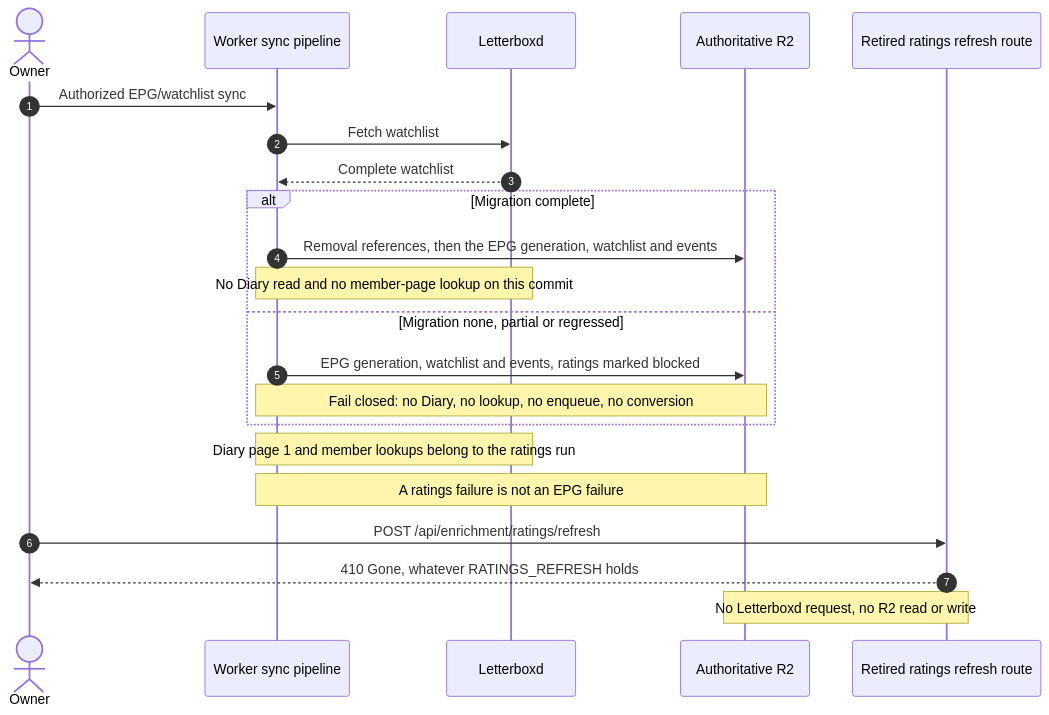
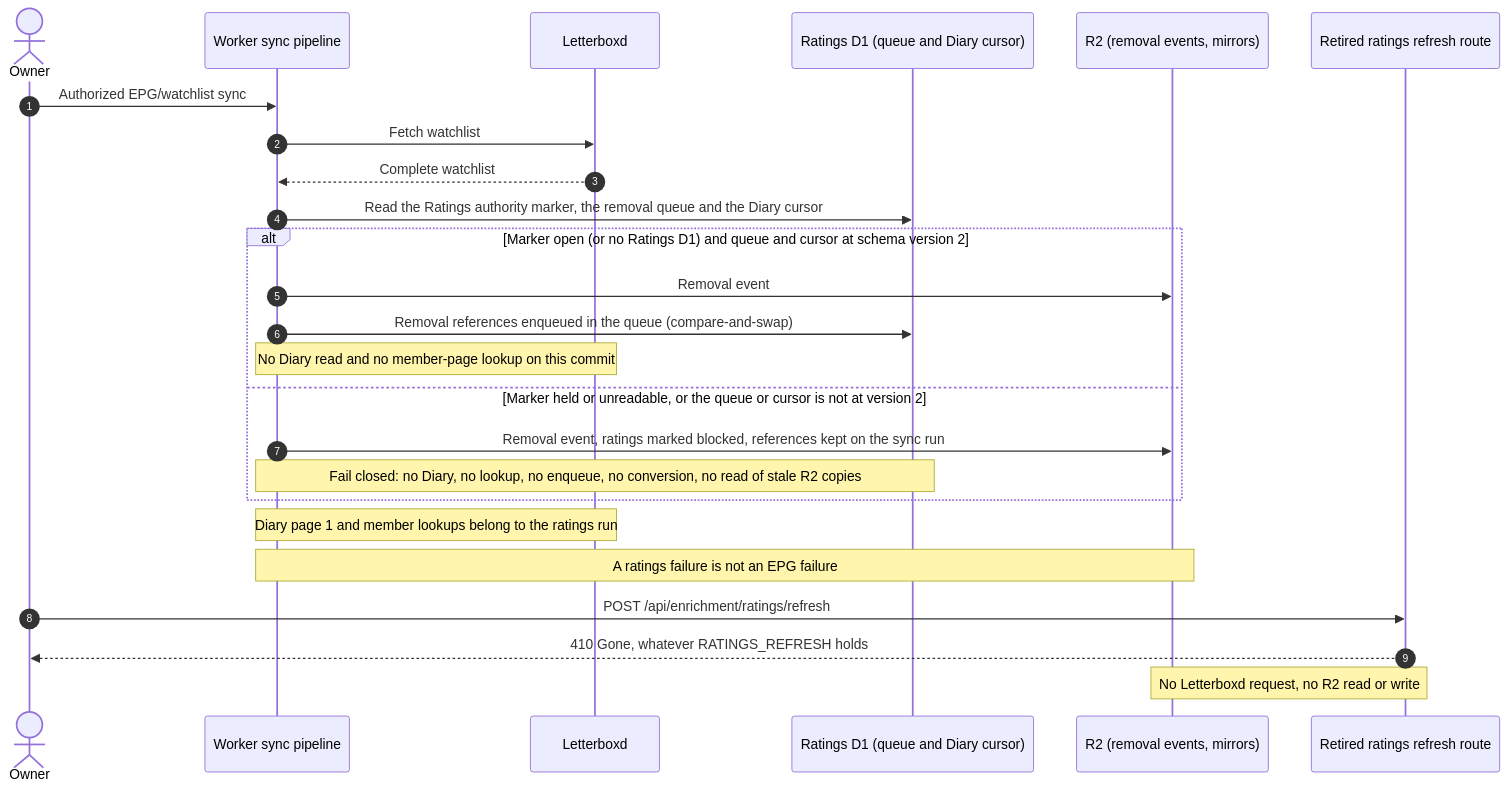
Before and after one commit to vladimino/iptv-watchlist: the first of 4 diagrams in docs/architecture/letterboxd-ingestion.md, drawn with Mermaid. The commit also changed other lines of this file and 13 other files, not shown here.

First line of the commit message:
Fail closed on held or unreadable Ratings D1 authority; fix ingestion diagram and MCP text (AIR-79 D-3)

````diff
--- a/docs/architecture/letterboxd-ingestion.md
+++ b/docs/architecture/letterboxd-ingestion.md
@@ -5,24 +5,27 @@
 ```mermaid
 sequenceDiagram
     autonumber
     actor Owner
     participant Sync as Worker sync pipeline
     participant LB as Letterboxd
-    participant R2 as Authoritative R2
+    participant D1 as Ratings D1 (queue and Diary cursor)
+    participant R2 as R2 (removal events, mirrors)
     participant Retired as Retired ratings refresh route
     Owner->>Sync: Authorized EPG/watchlist sync
     Sync->>LB: Fetch watchlist
     LB-->>Sync: Complete watchlist
-    alt Migration complete
-        Sync->>R2: Removal references, then the EPG generation, watchlist and events
+    Sync->>D1: Read the Ratings authority marker, the removal queue and the Diary cursor
+    alt Marker open (or no Ratings D1) and queue and cursor at schema version 2
+        Sync->>R2: Removal event
+        Sync->>D1: Removal references enqueued in the queue (compare-and-swap)
         Note over Sync,LB: No Diary read and no member-page lookup on this commit
-    else Migration none, partial or regressed
-        Sync->>R2: EPG generation, watchlist and events, ratings marked blocked
-        Note over Sync,R2: Fail closed: no Diary, no lookup, no enqueue, no conversion
+    else Marker held or unreadable, or the queue or cursor is not at version 2
+        Sync->>R2: Removal event, ratings marked blocked, references kept on the sync run
+        Note over Sync,D1: Fail closed: no Diary, no lookup, no enqueue, no conversion, no read of stale R2 copies
     end
     Note over Sync,LB: Diary page 1 and member lookups belong to the ratings run
     Note over Sync,R2: A ratings failure is not an EPG failure
     Owner->>Retired: POST /api/enrichment/ratings/refresh
     Retired-->>Owner: 410 Gone, whatever RATINGS_REFRESH holds
     Note over Retired,R2: No Letterboxd request, no R2 read or write
 ```
````
